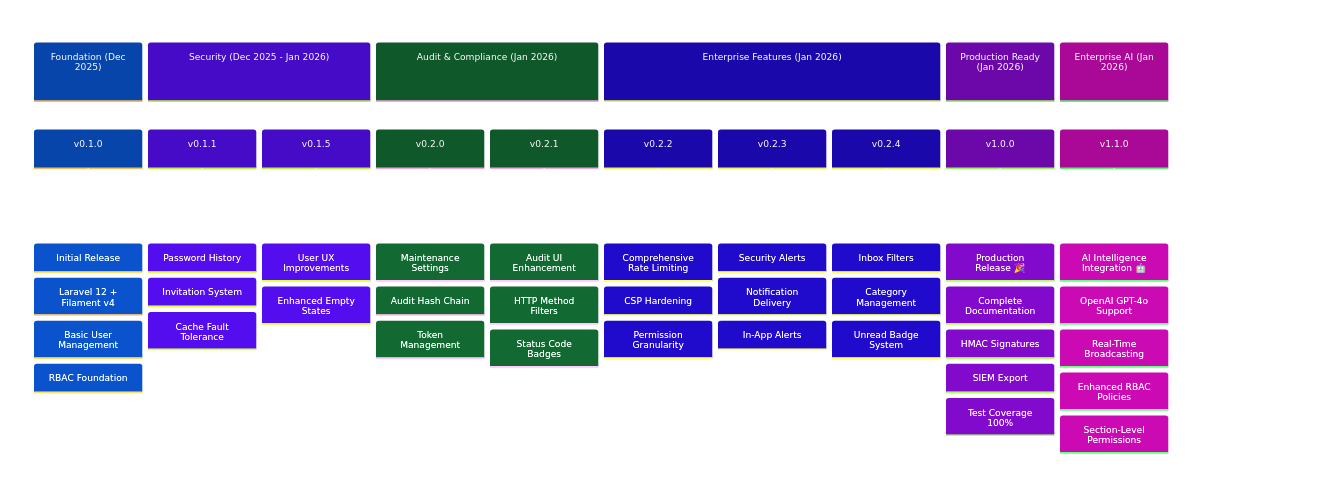
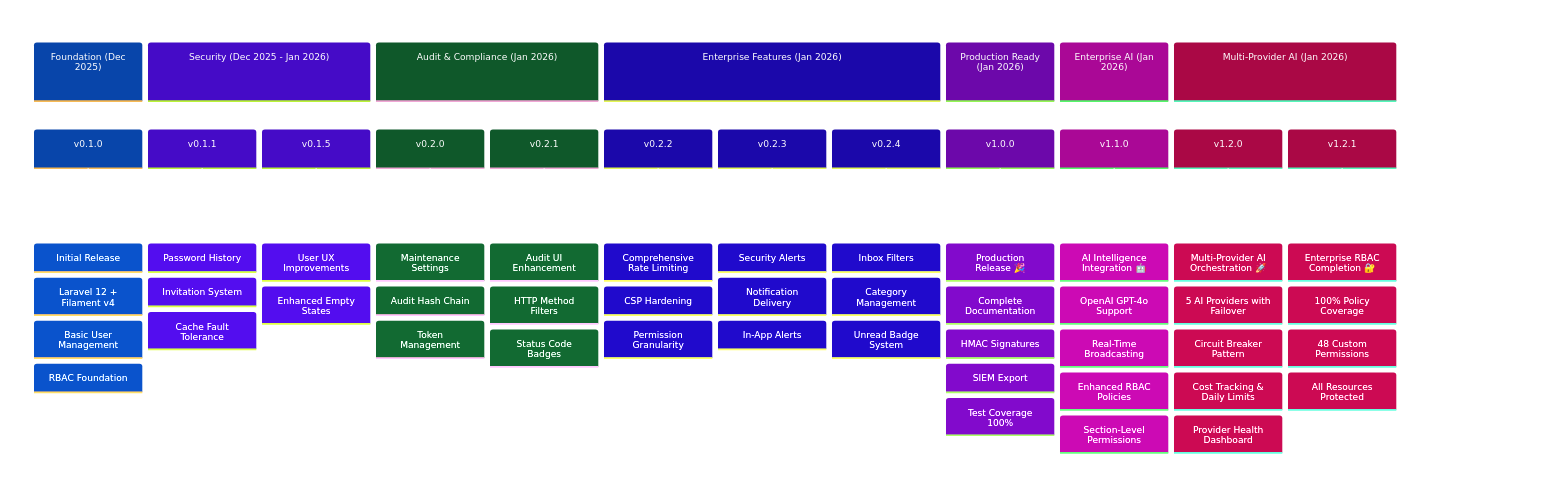
One commit to Halfirzzha/A-Good-Start-to-the-Program changed the eighth of 8 diagrams in README.md. Above: the diagram before and after it, drawn with Mermaid. The commit also changed other lines of this file and 33 other files, not shown here.

````diff
--- a/README.md
+++ b/README.md
@@ -3078,45 +3261,55 @@
 ```mermaid
 %%{init: {'theme':'base', 'themeVariables': { 'primaryColor':'#3b82f6','primaryTextColor':'#fff','primaryBorderColor':'#1e40af','lineColor':'#64748b','secondaryColor':'#8b5cf6','tertiaryColor':'#22c55e'}}}%%
 timeline
     title Creative Trees Development Journey
     section Foundation (Dec 2025)
         v0.1.0 : Initial Release
                : Laravel 12 + Filament v4
                : Basic User Management
                : RBAC Foundation
     section Security (Dec 2025 - Jan 2026)
         v0.1.1 : Password History
                : Invitation System
                : Cache Fault Tolerance
         v0.1.5 : User UX Improvements
                : Enhanced Empty States
     section Audit & Compliance (Jan 2026)
         v0.2.0 : Maintenance Settings
                : Audit Hash Chain
                : Token Management
         v0.2.1 : Audit UI Enhancement
                : HTTP Method Filters
                : Status Code Badges
     section Enterprise Features (Jan 2026)
         v0.2.2 : Comprehensive Rate Limiting
                : CSP Hardening
                : Permission Granularity
         v0.2.3 : Security Alerts
                : Notification Delivery
                : In-App Alerts
         v0.2.4 : Inbox Filters
                : Category Management
                : Unread Badge System
     section Production Ready (Jan 2026)
         v1.0.0 : Production Release 🎉
                : Complete Documentation
                : HMAC Signatures
                : SIEM Export
                : Test Coverage 100%
     section Enterprise AI (Jan 2026)
         v1.1.0 : AI Intelligence Integration 🤖
                : OpenAI GPT-4o Support
                : Real-Time Broadcasting
                : Enhanced RBAC Policies
                : Section-Level Permissions
+    section Multi-Provider AI (Jan 2026)
+        v1.2.0 : Multi-Provider AI Orchestration 🚀
+               : 5 AI Providers with Failover
+               : Circuit Breaker Pattern
+               : Cost Tracking & Daily Limits
+               : Provider Health Dashboard
+        v1.2.1 : Enterprise RBAC Completion 🔐
+               : 100% Policy Coverage
+               : 48 Custom Permissions
+               : All Resources Protected
 ```
````
